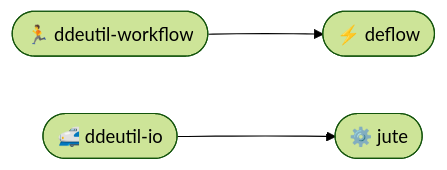
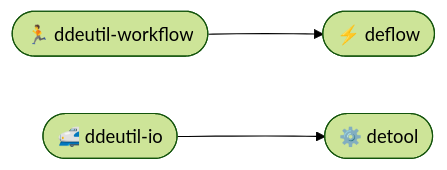
Before and after one commit to ddeutils/.github: the second of 2 diagrams in profile/README.md, drawn with Mermaid (forest theme). The commit also changed other lines of this file, not shown here.

````diff
--- a/profile/README.md
+++ b/profile/README.md
@@ -49,5 +49,5 @@
 ```mermaid
 flowchart LR
    1([🏃 ddeutil-workflow]) ---> 2([⚡ deflow])
-   3([🚅 ddeutil-io]) ---> 4([⚙️ jute])
+   3([🚅 ddeutil-io]) ---> 4([⚙️ detool])
 ```
````
